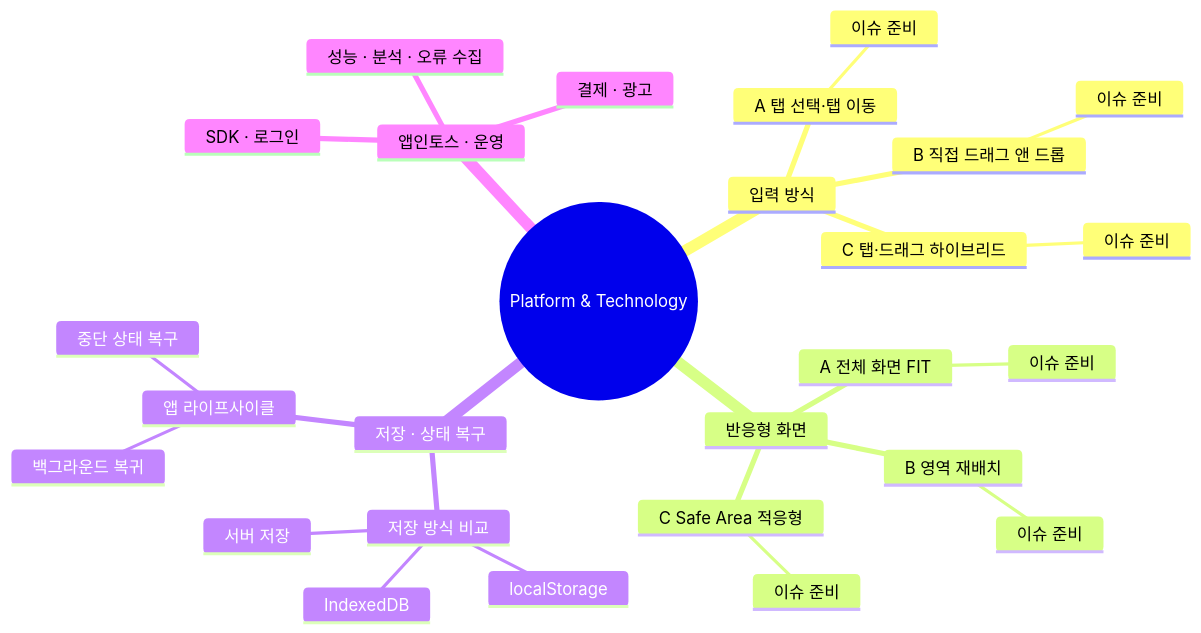
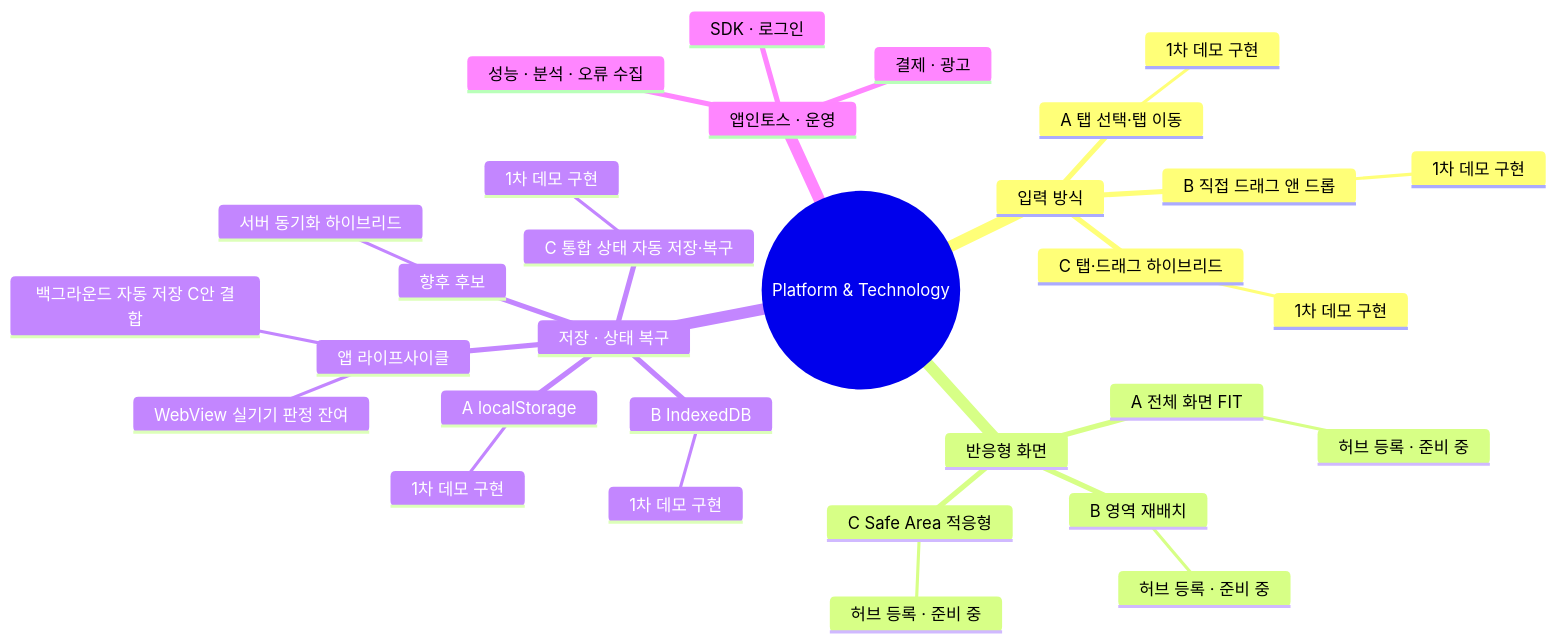
The fourth of 5 diagrams in docs/LAB_PROTOTYPE_MAP.md (aigemro/dream-bike-garage-lab), drawn with Mermaid before and after one commit. The commit also changed other lines of this file and 1 other file, not shown here.

````diff
--- a/docs/LAB_PROTOTYPE_MAP.md
+++ b/docs/LAB_PROTOTYPE_MAP.md
@@ -190,30 +203,34 @@
 ```mermaid
 mindmap
   root((Platform & Technology))
     입력 방식
       A 탭 선택·탭 이동
-        이슈 준비
+        1차 데모 구현
       B 직접 드래그 앤 드롭
-        이슈 준비
+        1차 데모 구현
       C 탭·드래그 하이브리드
-        이슈 준비
+        1차 데모 구현
     반응형 화면
       A 전체 화면 FIT
-        이슈 준비
+        허브 등록 · 준비 중
       B 영역 재배치
-        이슈 준비
+        허브 등록 · 준비 중
       C Safe Area 적응형
-        이슈 준비
+        허브 등록 · 준비 중
     저장 · 상태 복구
-      저장 방식 비교
-        localStorage
-        IndexedDB
-        서버 저장
+      A localStorage
+        1차 데모 구현
+      B IndexedDB
+        1차 데모 구현
+      C 통합 상태 자동 저장·복구
+        1차 데모 구현
+      향후 후보
+        서버 동기화 하이브리드
       앱 라이프사이클
-        백그라운드 복귀
-        중단 상태 복구
+        백그라운드 자동 저장 C안 결합
+        WebView 실기기 판정 잔여
     앱인토스 · 운영
       SDK · 로그인
       결제 · 광고
       성능 · 분석 · 오류 수집
 ```
````
